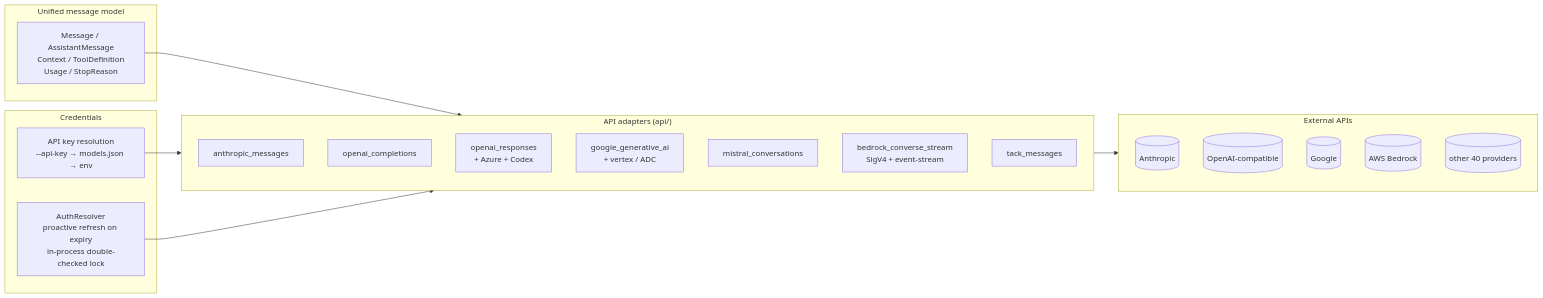
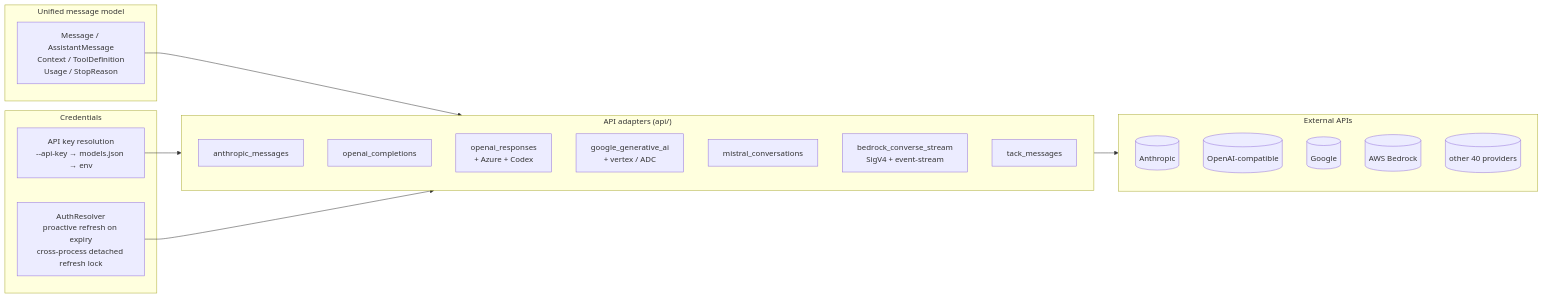
The fourth of 11 diagrams in docs/architecture.md (Tack-AI/tack), drawn with Mermaid before and after one commit. The commit also changed 40 other files, not shown here.

````diff
--- a/docs/architecture.md
+++ b/docs/architecture.md
@@ -153,34 +153,34 @@
 ```mermaid
 flowchart LR
     subgraph Unified["Unified message model"]
         M[Message / AssistantMessage<br/>Context / ToolDefinition<br/>Usage / StopReason]
     end
 
     subgraph Adapters["API adapters (api/)"]
         AM[anthropic_messages]
         OC[openai_completions]
         ORS[openai_responses<br/>+ Azure + Codex]
         GG[google_generative_ai<br/>+ vertex / ADC]
         MI[mistral_conversations]
         BD[bedrock_converse_stream<br/>SigV4 + event-stream]
         PM[tack_messages]
     end
 
     subgraph Ext["External APIs"]
         E1[(Anthropic)]
         E2[(OpenAI-compatible)]
         E3[(Google)]
         E4[(AWS Bedrock)]
         E5[(other 40 providers)]
     end
 
     subgraph Auth["Credentials"]
         AK[API key resolution<br/>--api-key → models.json → env]
-        OA[AuthResolver<br/>proactive refresh on expiry<br/>in-process double-checked lock]
+        OA[AuthResolver<br/>proactive refresh on expiry<br/>cross-process detached refresh lock]
     end
 
     M --> Adapters
     Adapters --> Ext
     AK --> Adapters
     OA --> Adapters
 ```
````
